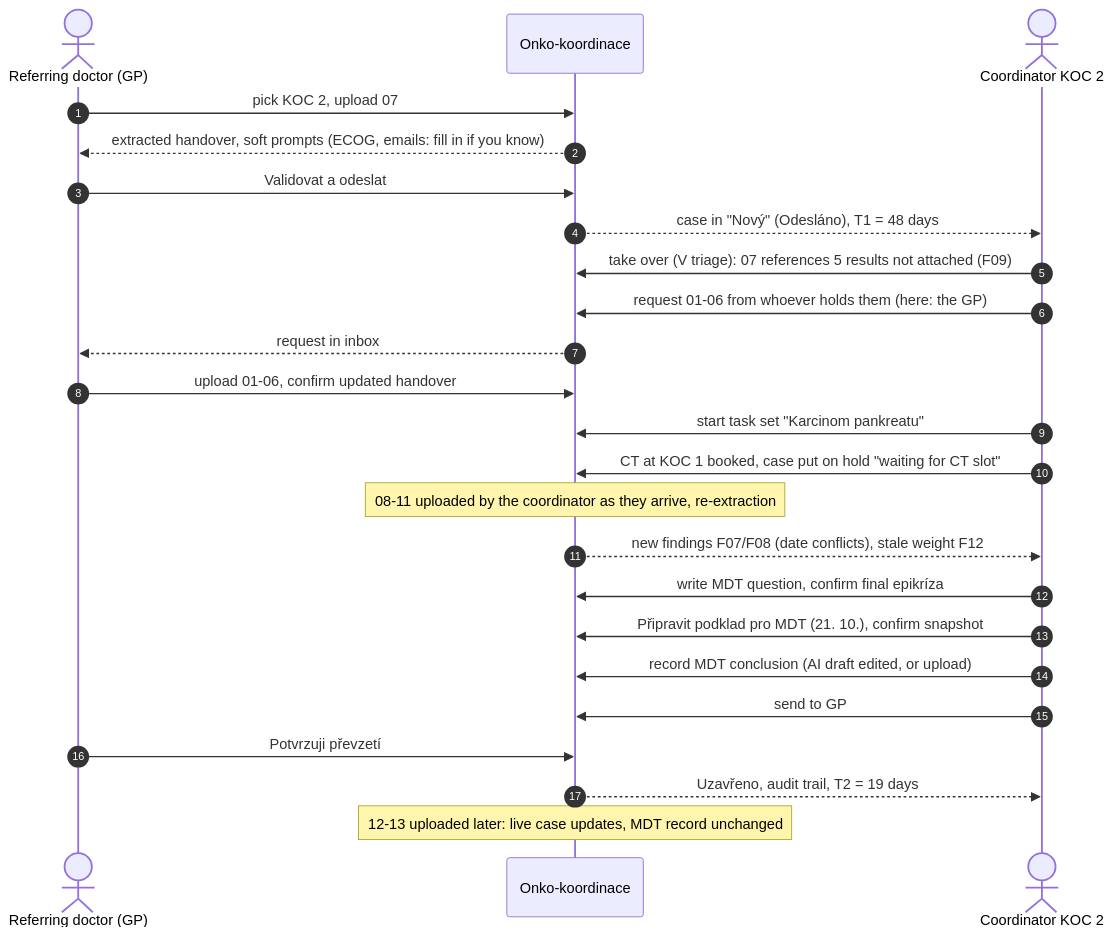
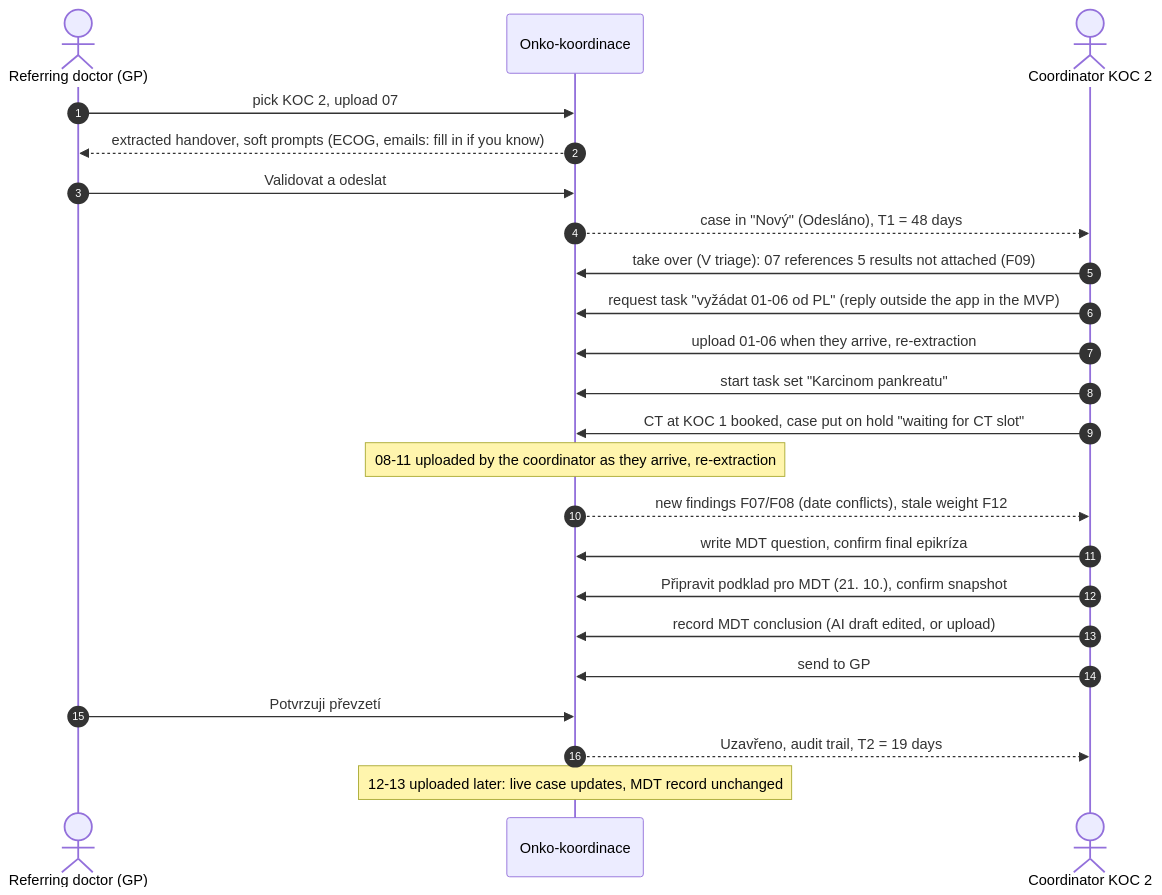
The diagram in docs/demo-script.md (darkmackov/AI-Rackathon2026-Nessio), drawn with Mermaid before and after one commit. The commit also changed other lines of this file and 46 other files, not shown here.

````diff
--- a/docs/demo-script.md
+++ b/docs/demo-script.md
@@ -8,26 +8,25 @@
 ```mermaid
 sequenceDiagram
   autonumber
   actor GP as Referring doctor (GP)
   participant App as Onko-koordinace
   actor K as Coordinator KOC 2
   GP->>App: pick KOC 2, upload 07
   App-->>GP: extracted handover, soft prompts (ECOG, emails: fill in if you know)
   GP->>App: Validovat a odeslat
   App-->>K: case in "Nový" (Odesláno), T1 = 48 days
   K->>App: take over (V triage): 07 references 5 results not attached (F09)
-  K->>App: request 01-06 from whoever holds them (here: the GP)
-  App-->>GP: request in inbox
-  GP->>App: upload 01-06, confirm updated handover
+  K->>App: request task "vyžádat 01-06 od PL" (reply outside the app in the MVP)
+  K->>App: upload 01-06 when they arrive, re-extraction
   K->>App: start task set "Karcinom pankreatu"
   K->>App: CT at KOC 1 booked, case put on hold "waiting for CT slot"
   Note over App: 08-11 uploaded by the coordinator as they arrive, re-extraction
   App-->>K: new findings F07/F08 (date conflicts), stale weight F12
   K->>App: write MDT question, confirm final epikríza
   K->>App: Připravit podklad pro MDT (21. 10.), confirm snapshot
   K->>App: record MDT conclusion (AI draft edited, or upload)
   K->>App: send to GP
   GP->>App: Potvrzuji převzetí
   App-->>K: Uzavřeno, audit trail, T2 = 19 days
   Note over App: 12-13 uploaded later: live case updates, MDT record unchanged
 ```
````
